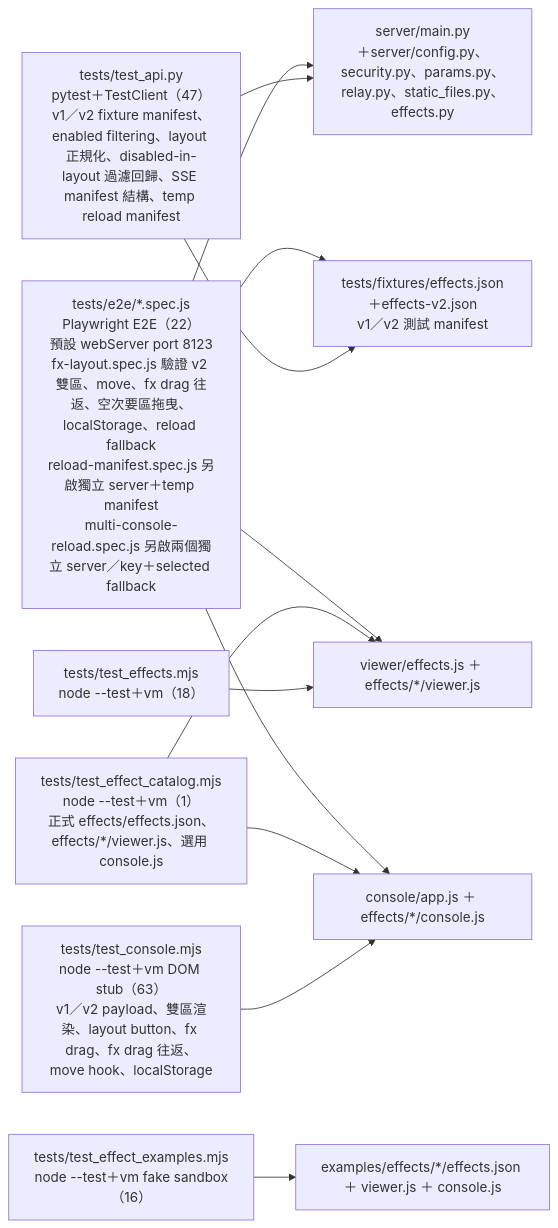
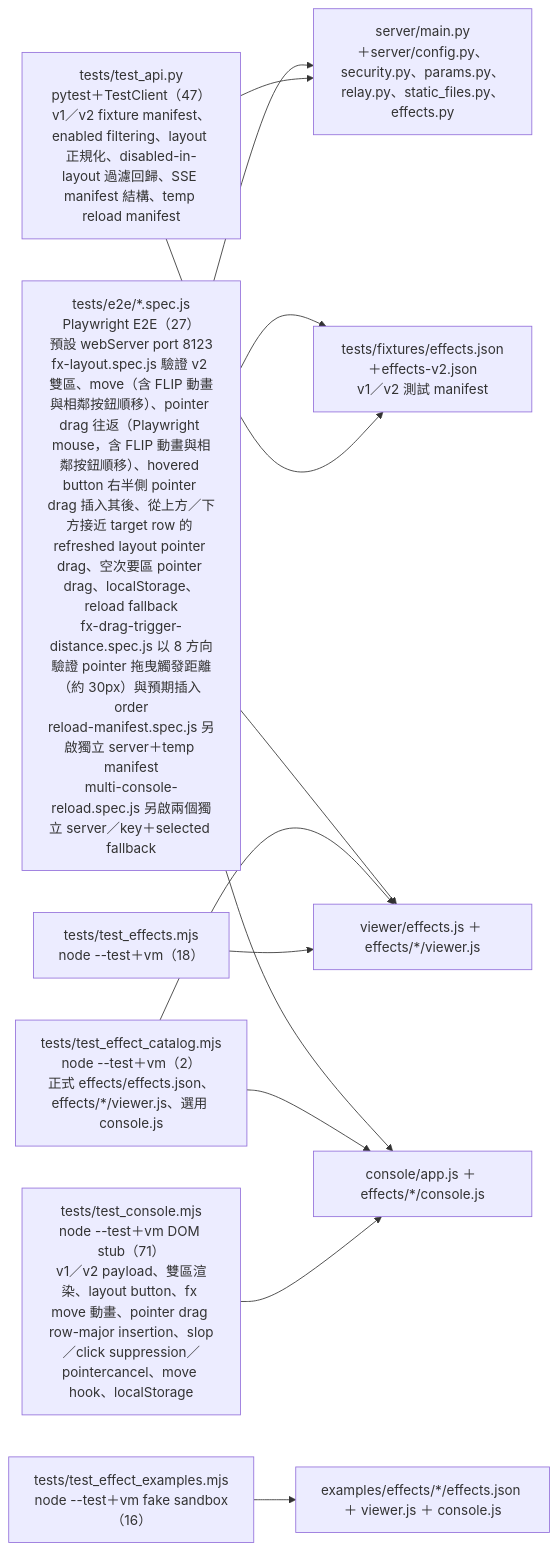
One commit to zivngit/Real-time-Interaction-html changed the sixth of 6 diagrams in docs/agents/CALL_GRAPH.md. Above: the diagram before and after it, drawn with Mermaid. The commit also changed other lines of this file and 7 other files, not shown here.

Commit message:
feat(console): 特效按鈕 FLIP 移動動畫、pointer 拖曳 row-major 插入與 30px 觸發距離統一

````diff
--- a/docs/agents/CALL_GRAPH.md
+++ b/docs/agents/CALL_GRAPH.md
@@ -314,15 +327,15 @@
 ```mermaid
 flowchart LR
     TF["tests/fixtures/effects.json＋effects-v2.json<br/>v1／v2 測試 manifest"]
     TA["tests/test_api.py<br/>pytest＋TestClient（47）<br/>v1／v2 fixture manifest、enabled filtering、layout 正規化、disabled-in-layout 過濾回歸、SSE manifest 結構、temp reload manifest"] --> M["server/main.py<br/>＋server/config.py、security.py、params.py、relay.py、static_files.py、effects.py"]
     TA --> TF
     TE["tests/test_effects.mjs<br/>node --test＋vm（18）"] --> S["viewer/effects.js ＋ effects/*/viewer.js"]
-    TC["tests/test_console.mjs<br/>node --test＋vm DOM stub（63）<br/>v1／v2 payload、雙區渲染、layout button、fx drag、fx drag 往返、move hook、localStorage"] --> K["console/app.js ＋ effects/*/console.js"]
+    TC["tests/test_console.mjs<br/>node --test＋vm DOM stub（71）<br/>v1／v2 payload、雙區渲染、layout button、fx move 動畫、pointer drag row-major insertion、slop／click suppression／pointercancel、move hook、localStorage"] --> K["console/app.js ＋ effects/*/console.js"]
     TX["tests/test_effect_examples.mjs<br/>node --test＋vm fake sandbox（16）"] --> X["examples/effects/*/effects.json ＋ viewer.js ＋ console.js"]
-    TG["tests/test_effect_catalog.mjs<br/>node --test＋vm（1）<br/>正式 effects/effects.json、effects/*/viewer.js、選用 console.js"] --> S
+    TG["tests/test_effect_catalog.mjs<br/>node --test＋vm（2）<br/>正式 effects/effects.json、effects/*/viewer.js、選用 console.js"] --> S
     TG --> K
-    TP["tests/e2e/*.spec.js<br/>Playwright E2E（22）<br/>預設 webServer port 8123<br/>fx-layout.spec.js 驗證 v2 雙區、move、fx drag 往返、空次要區拖曳、localStorage、reload fallback<br/>reload-manifest.spec.js 另啟獨立 server＋temp manifest<br/>multi-console-reload.spec.js 另啟兩個獨立 server／key＋selected fallback"] --> M
+    TP["tests/e2e/*.spec.js<br/>Playwright E2E（27）<br/>預設 webServer port 8123<br/>fx-layout.spec.js 驗證 v2 雙區、move（含 FLIP 動畫與相鄰按鈕順移）、pointer drag 往返（Playwright mouse，含 FLIP 動畫與相鄰按鈕順移）、hovered button 右半側 pointer drag 插入其後、從上方／下方接近 target row 的 refreshed layout pointer drag、空次要區 pointer drag、localStorage、reload fallback<br/>fx-drag-trigger-distance.spec.js 以 8 方向驗證 pointer 拖曳觸發距離（約 30px）與預期插入 order<br/>reload-manifest.spec.js 另啟獨立 server＋temp manifest<br/>multi-console-reload.spec.js 另啟兩個獨立 server／key＋selected fallback"] --> M
     TP --> K
     TP --> S
     TP --> TF
 ```
````
